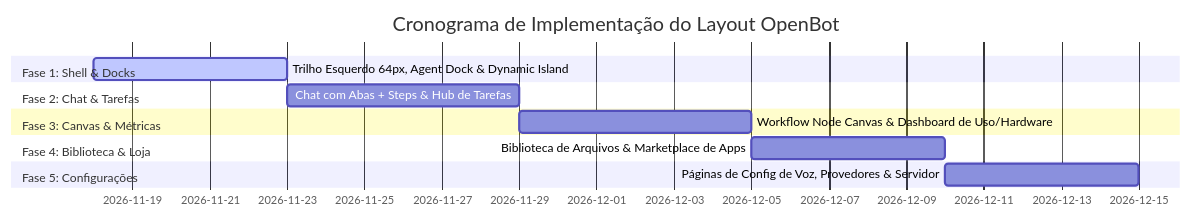
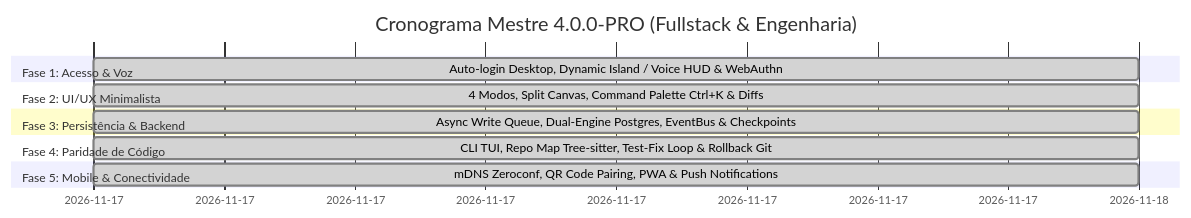
Before and after one commit to AlexandreCalmonJr/JarvisHub_IA: the second of 2 diagrams in docs/PLANO_EVOLUCAO_PRO.md, drawn with Mermaid. The commit also changed other lines of this file and 121 other files, not shown here.

````diff
--- a/docs/PLANO_EVOLUCAO_PRO.md
+++ b/docs/PLANO_EVOLUCAO_PRO.md
@@ -215,15 +264,15 @@
 ```mermaid
 gantt
-    title Cronograma de Implementação do Layout OpenBot
+    title Cronograma Mestre 4.0.0-PRO (Fullstack & Engenharia)
     dateFormat  YYYY-MM-DD
-    section Fase 1: Shell & Docks
-    Trilho Esquerdo 64px, Agent Dock & Dynamic Island :active, b1, 2026-11-18, 5d
-    section Fase 2: Chat & Tarefas
-    Chat com Abas + Steps & Hub de Tarefas           :b2, after b1, 6d
-    section Fase 3: Canvas & Métricas
-    Workflow Node Canvas & Dashboard de Uso/Hardware  :b3, after b2, 6d
-    section Fase 4: Biblioteca & Loja
-    Biblioteca de Arquivos & Marketplace de Apps     :b4, after b3, 5d
-    section Fase 5: Configurações
-    Páginas de Config de Voz, Provedores & Servidor  :b5, after b4, 5d
+    section Fase 1: Acesso & Voz
+    Auto-login Desktop, Dynamic Island / Voice HUD & WebAuthn :done, f1, 2026-11-17, 1d
+    section Fase 2: UI/UX Minimalista
+    4 Modos, Split Canvas, Command Palette Ctrl+K & Diffs    :done, f2, 2026-11-17, 1d
+    section Fase 3: Persistência & Backend
+    Async Write Queue, Dual-Engine Postgres, EventBus & Checkpoints :done, f3, 2026-11-17, 1d
+    section Fase 4: Paridade de Código
+    CLI TUI, Repo Map Tree-sitter, Test-Fix Loop & Rollback Git      :done, f4, 2026-11-17, 1d
+    section Fase 5: Mobile & Conectividade
+    mDNS Zeroconf, QR Code Pairing, PWA & Push Notifications        :done, f5, 2026-11-17, 1d
 ```
````
